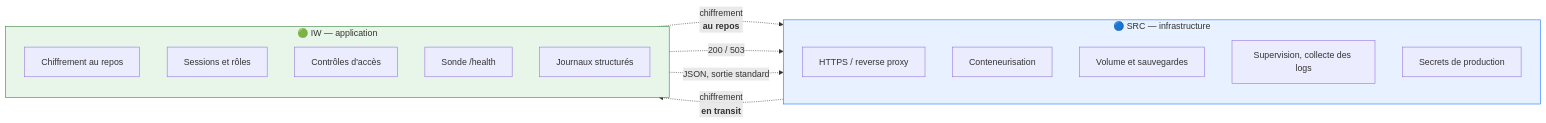
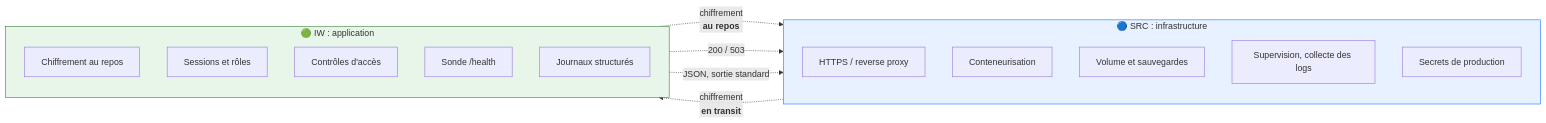
The eighth of 8 diagrams in docs/architecture-backend.md (niniz13/filemoica), drawn with Mermaid before and after one commit. The commit also changed other lines of this file and 7 other files, not shown here.

````diff
--- a/docs/architecture-backend.md
+++ b/docs/architecture-backend.md
@@ -209,28 +269,28 @@
 ```mermaid
 flowchart LR
-    subgraph SRC["🔵 SRC — infrastructure"]
+    subgraph SRC["🔵 SRC : infrastructure"]
         direction TB
         S1["HTTPS / reverse proxy"]
         S2["Conteneurisation"]
         S3["Volume et sauvegardes"]
         S4["Supervision, collecte des logs"]
         S5["Secrets de production"]
     end
 
-    subgraph IW["🟢 IW — application"]
+    subgraph IW["🟢 IW : application"]
         direction TB
         I1["Chiffrement au repos"]
         I2["Sessions et rôles"]
         I3["Contrôles d'accès"]
         I4["Sonde /health"]
         I5["Journaux structurés"]
     end
 
     S1 -.->|"chiffrement<br/><b>en transit</b>"| I1
     I1 -.->|"chiffrement<br/><b>au repos</b>"| S3
     I4 -.->|"200 / 503"| S4
     I5 -.->|"JSON, sortie standard"| S4
 
     style SRC fill:#e7f1ff,stroke:#0d6efd
     style IW fill:#e8f5e9,stroke:#2e7d32
 ```
````
